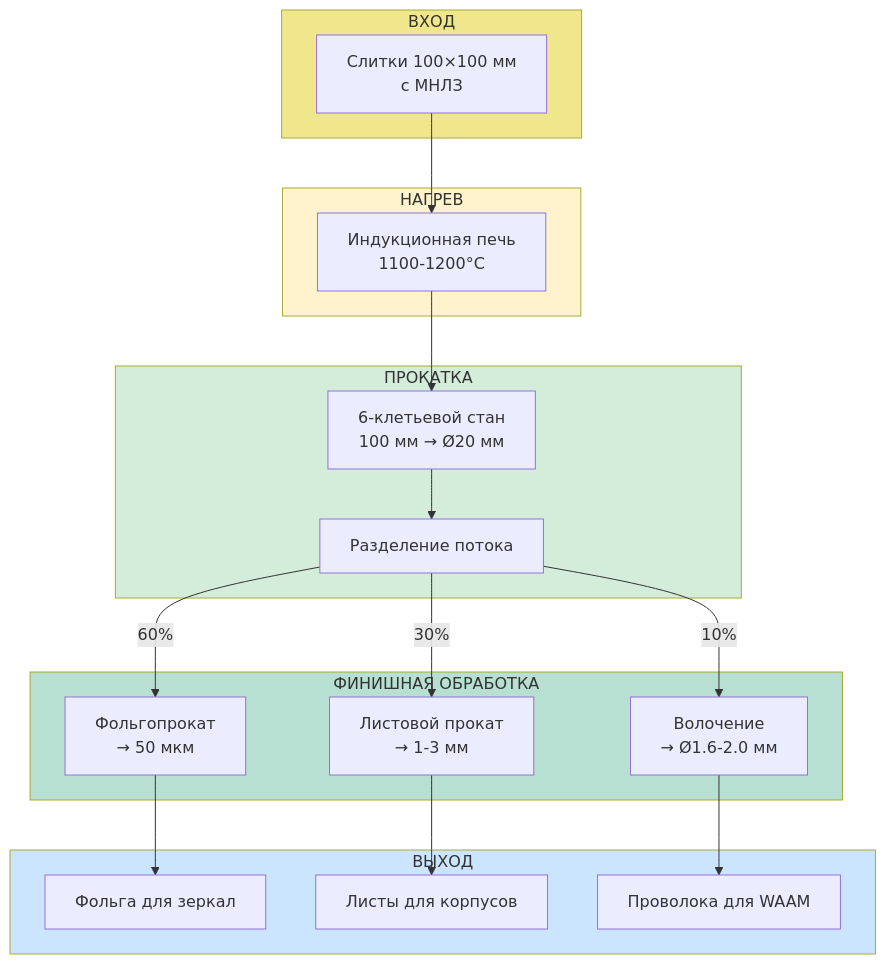
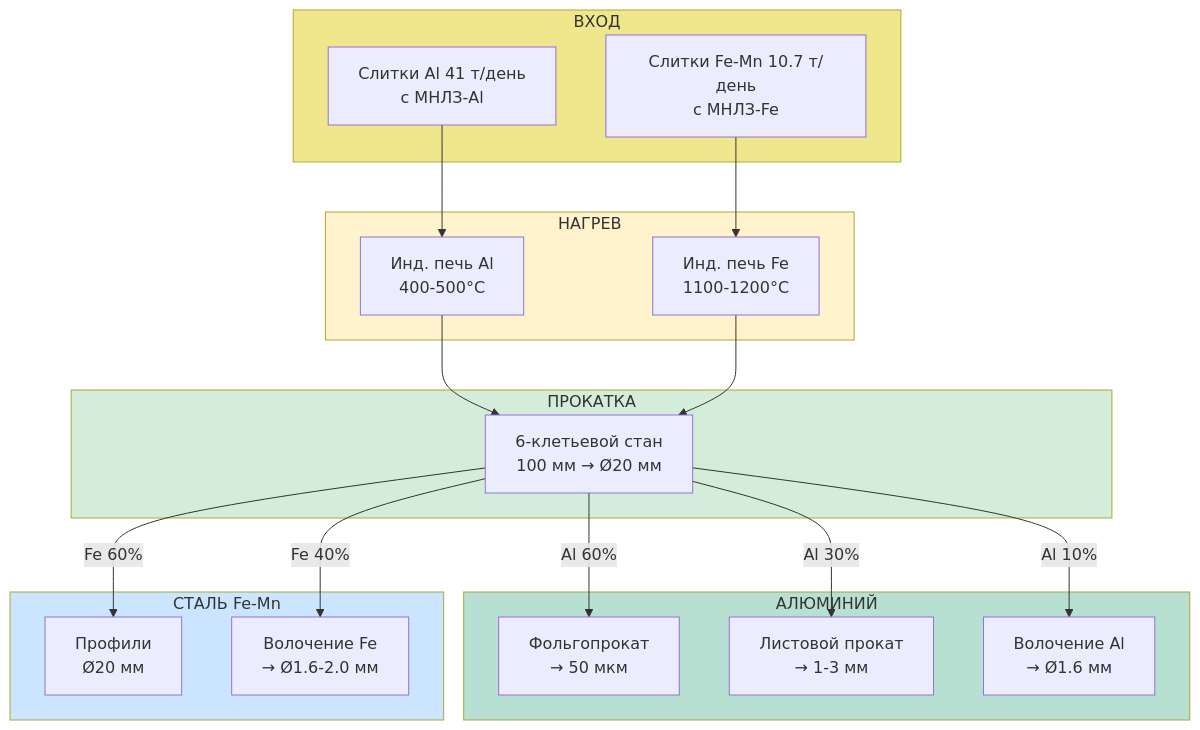
One commit to DmitryNasikanov/infinite-energy changed the diagram in ru/science/detailed/production/factories/elements/rolling.qmd. Above: the diagram before and after it, drawn with Mermaid. The commit also changed other lines of this file and 71 other files, not shown here.

````diff
--- a/ru/science/detailed/production/factories/elements/rolling.qmd
+++ b/ru/science/detailed/production/factories/elements/rolling.qmd
@@ -23,43 +23,43 @@
 ```{mermaid}
 flowchart TD
     subgraph INPUT["ВХОД"]
-        BILLETS["Слитки 100×100 мм<br/>с МНЛЗ"]
+        BILLETS_AL["Слитки Al 41 т/день<br/>с МНЛЗ-Al"]
+        BILLETS_FE["Слитки Fe-Mn 10.7 т/день<br/>с МНЛЗ-Fe"]
     end
 
     subgraph HEATING["НАГРЕВ"]
-        FURNACE["Индукционная печь<br/>1100-1200°C"]
+        FURNACE_AL["Инд. печь Al<br/>400-500°C"]
+        FURNACE_FE["Инд. печь Fe<br/>1100-1200°C"]
     end
 
     subgraph ROLLING["ПРОКАТКА"]
         MILL["6-клетьевой стан<br/>100 мм → Ø20 мм"]
-        SPLIT["Разделение потока"]
     end
 
-    subgraph FINISHING["ФИНИШНАЯ ОБРАБОТКА"]
+    subgraph AL_FINISH["АЛЮМИНИЙ"]
         FOIL["Фольгопрокат<br/>→ 50 мкм"]
         SHEET["Листовой прокат<br/>→ 1-3 мм"]
-        WIRE["Волочение<br/>→ Ø1.6-2.0 мм"]
+        WIRE_AL["Волочение Al<br/>→ Ø1.6 мм"]
     end
 
-    subgraph OUTPUT["ВЫХОД"]
-        FOIL_OUT["Фольга для зеркал"]
-        SHEET_OUT["Листы для корпусов"]
-        WIRE_OUT["Проволока для WAAM"]
+    subgraph FE_FINISH["СТАЛЬ Fe-Mn"]
+        PROFILE["Профили<br/>Ø20 мм"]
+        WIRE_FE["Волочение Fe<br/>→ Ø1.6-2.0 мм"]
     end
 
-    BILLETS --> FURNACE
-    FURNACE --> MILL
-    MILL --> SPLIT
-    SPLIT -->|"60%"| FOIL
-    SPLIT -->|"30%"| SHEET
-    SPLIT -->|"10%"| WIRE
-    FOIL --> FOIL_OUT
-    SHEET --> SHEET_OUT
-    WIRE --> WIRE_OUT
+    BILLETS_AL --> FURNACE_AL
+    BILLETS_FE --> FURNACE_FE
+    FURNACE_AL --> MILL
+    FURNACE_FE --> MILL
+    MILL -->|"Al 60%"| FOIL
+    MILL -->|"Al 30%"| SHEET
+    MILL -->|"Al 10%"| WIRE_AL
+    MILL -->|"Fe 60%"| PROFILE
+    MILL -->|"Fe 40%"| WIRE_FE
 
     style INPUT fill:#f0e68c
     style HEATING fill:#fff3cd
     style ROLLING fill:#d4edda
-    style FINISHING fill:#b8e0d2
-    style OUTPUT fill:#cce5ff
+    style AL_FINISH fill:#b8e0d2
+    style FE_FINISH fill:#cce5ff
 ```
````
